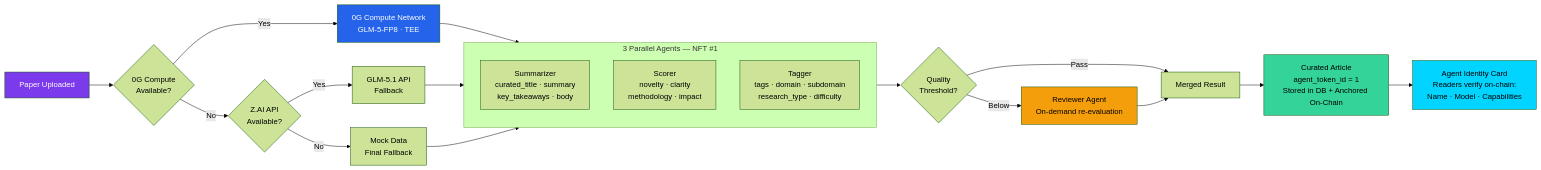
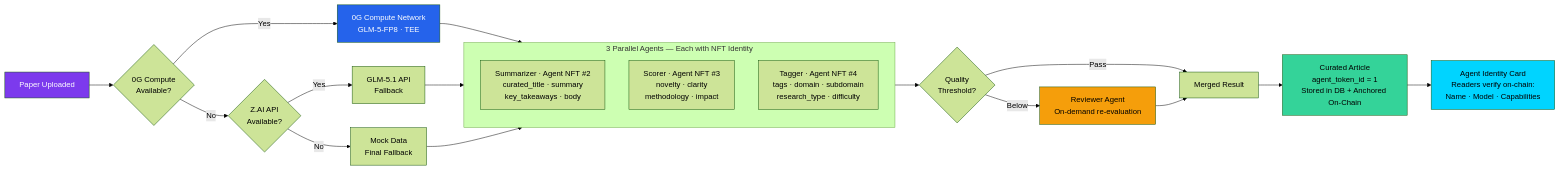
The third of 4 diagrams in README.md (dwlpra/rumah-peneliti), drawn with Mermaid (forest theme) before and after one commit. The commit also changed other lines of this file, not shown here.

First line of the commit message:
docs: fix README contract addresses, agent NFT IDs, add AgentTipJar

````diff
--- a/README.md
+++ b/README.md
@@ -223,32 +223,32 @@
 ```mermaid
 flowchart LR
     A[Paper Uploaded] --> B{0G Compute<br/>Available?}
     B -->|Yes| C[0G Compute Network<br/>GLM-5-FP8 · TEE]
     B -->|No| D{Z.AI API<br/>Available?}
     D -->|Yes| E[GLM-5.1 API<br/>Fallback]
     D -->|No| F[Mock Data<br/>Final Fallback]
     C --> G
     E --> G
     F --> G
 
-    subgraph G["3 Parallel Agents — NFT #1"]
+    subgraph G["3 Parallel Agents — Each with NFT Identity"]
         direction TB
-        S["Summarizer<br/>curated_title · summary<br/>key_takeaways · body"]
-        SC["Scorer<br/>novelty · clarity<br/>methodology · impact"]
-        T["Tagger<br/>tags · domain · subdomain<br/>research_type · difficulty"]
+        S["Summarizer · Agent NFT #2<br/>curated_title · summary<br/>key_takeaways · body"]
+        SC["Scorer · Agent NFT #3<br/>novelty · clarity<br/>methodology · impact"]
+        T["Tagger · Agent NFT #4<br/>tags · domain · subdomain<br/>research_type · difficulty"]
     end
 
     G --> H{Quality<br/>Threshold?}
     H -->|Below| I["Reviewer Agent<br/>On-demand re-evaluation"]
     H -->|Pass| J[Merged Result]
     I --> J
     J --> K["Curated Article<br/>agent_token_id = 1<br/>Stored in DB + Anchored On-Chain"]
 
     K --> L["Agent Identity Card<br/>Readers verify on-chain:<br/>Name · Model · Capabilities"]
 
     style A fill:#7c3aed,color:#fff
     style C fill:#2563eb,color:#fff
     style I fill:#f59e0b,color:#000
     style K fill:#34d399,color:#000
     style L fill:#00d4ff,color:#000
 ```
````
